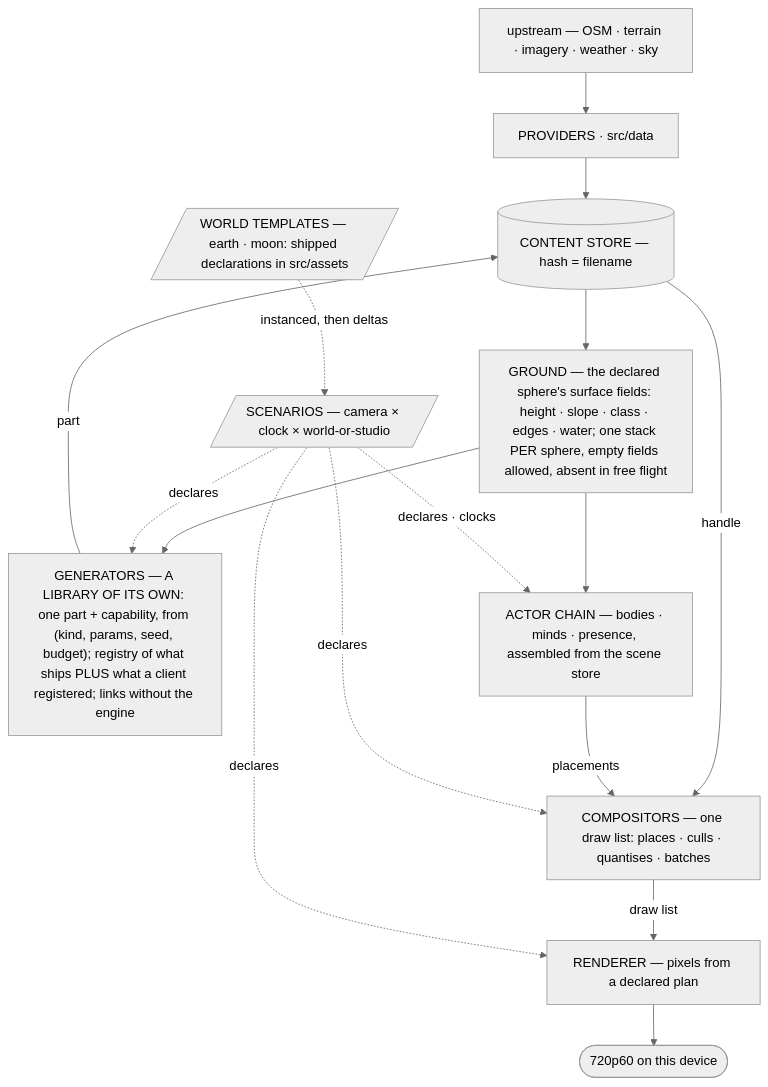
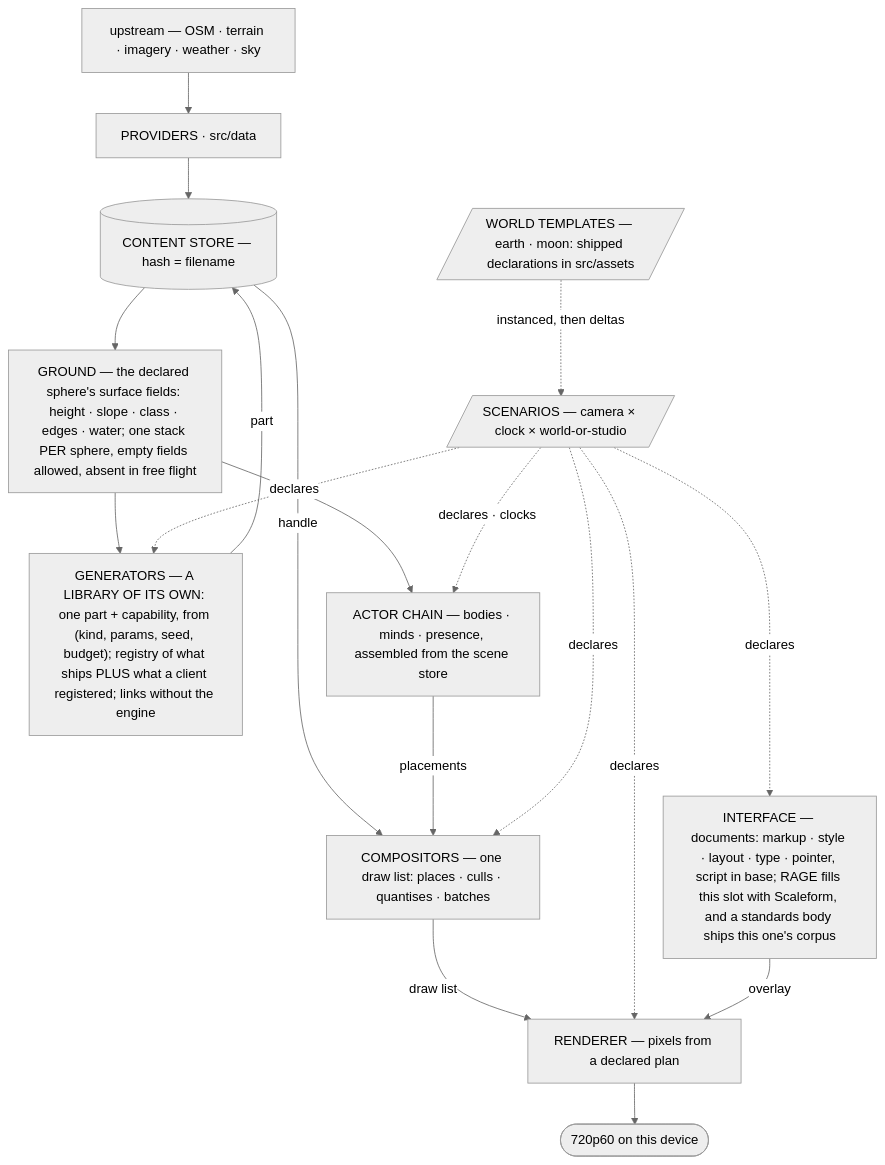
The first of 8 diagrams in CLAUDE.md (Weichwolf/outshine), drawn with Mermaid (neutral theme) before and after one commit. The commit also changed other lines of this file and 19 other files, not shown here.

````diff
--- a/CLAUDE.md
+++ b/CLAUDE.md
@@ -139,21 +147,23 @@
 ```mermaid
 flowchart TD
   upstream["upstream — OSM · terrain · imagery · weather · sky"]
   providers["PROVIDERS · src/data"]
   store[("CONTENT STORE — hash = filename")]
   field["GROUND — the declared sphere's surface fields: height · slope · class · edges · water; one stack PER sphere, empty fields allowed, absent in free flight"]
   gen["GENERATORS — A LIBRARY OF ITS OWN: one part + capability, from (kind, params, seed, budget); registry of what ships PLUS what a client registered; links without the engine"]
   comp["COMPOSITORS — one draw list: places · culls · quantises · batches"]
   rend["RENDERER — pixels from a declared plan"]
   frame(["720p60 on this device"])
   scen[/"SCENARIOS — camera × clock × world-or-studio"/]
+  ui["INTERFACE — documents: markup · style · layout · type · pointer, script in base; RAGE fills this slot with Scaleform, and a standards body ships this one's corpus"]
 
   actors["ACTOR CHAIN — bodies · minds · presence, assembled from the scene store"]
 
   upstream --> providers --> store --> field --> gen
   gen -->|part| store -->|handle| comp -->|draw list| rend --> frame
   field --> actors -->|placements| comp
-  scen -.->|declares| gen & comp & rend
+  scen -.->|declares| gen & comp & rend & ui
+  ui -->|overlay| rend
   scen -.->|declares · clocks| actors
   tmpl[/"WORLD TEMPLATES — earth · moon: shipped declarations in src/assets"/] -.->|instanced, then deltas| scen
 ```
````
